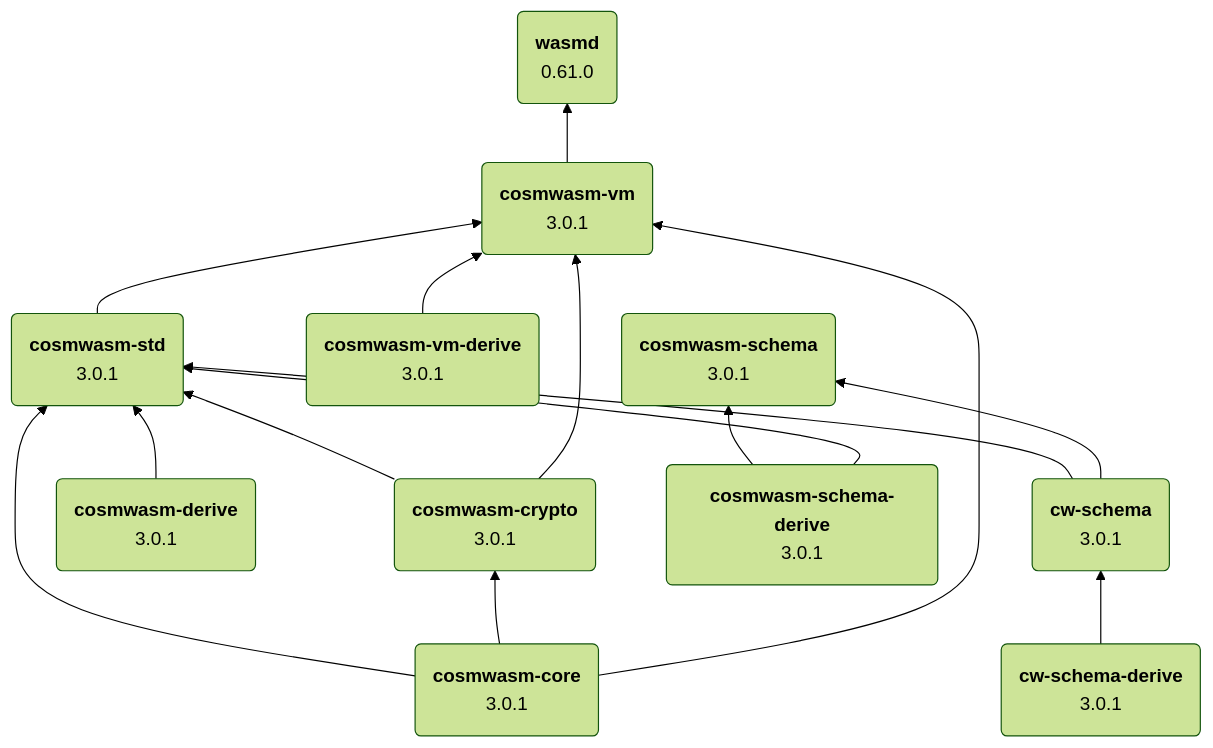
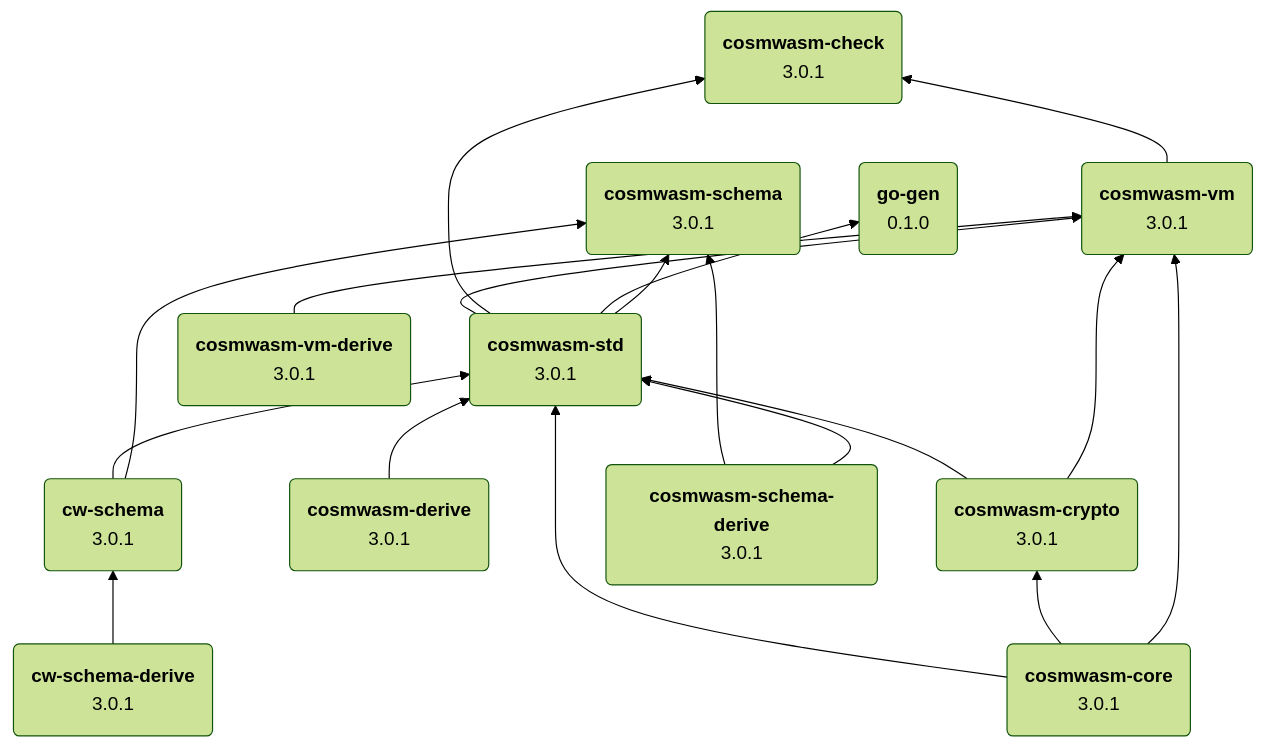
Before and after one commit to DariuszDepta/cosmwasm-notes: the diagram in dependencies/README.md, drawn with Mermaid. The commit also changed other lines of this file, not shown here.

````diff
--- a/dependencies/README.md
+++ b/dependencies/README.md
@@ -5,55 +5,61 @@
 ```mermaid
 ---
 config:
   theme: 'forest'
 ---
 
-flowchart BT
+graph BT
     A("`**cosmwasm-core**
         3.0.1`")
         
     B("`**cosmwasm-std**
         3.0.1`")
             
     C("`**cosmwasm-crypto**
         3.0.1`")
         
     D("`**cosmwasm-vm**
         3.0.1`")
         
     F("`**cosmwasm-vm-derive**
         3.0.1`")
         
     G("`**cosmwasm-derive**
         3.0.1`")    
         
     H("`**cw-schema**
         3.0.1`")
 
     I("`**cw-schema-derive**
         3.0.1`")
 
     J("`**cosmwasm-schema**
         3.0.1`")
 
     K("`**cosmwasm-schema-derive**
         3.0.1`")
+        
+    L("`**cosmwasm-check**
+        3.0.1`")
+        
+    M("`**go-gen**
+        0.1.0`")    
 
-    W("`**wasmd**
-        0.61.0`")        
-    
     A --> B
     A --> C
     A --> D
     C --> B
     C --> D
     B --> D
-    D --> W
     F --> D
     G --> B
     H --> B
     I --> H
     K --> J
     K --> B
     H --> J
+    B --> L
+    D --> L
+    B --> M
+    B --> J
 ```
````
